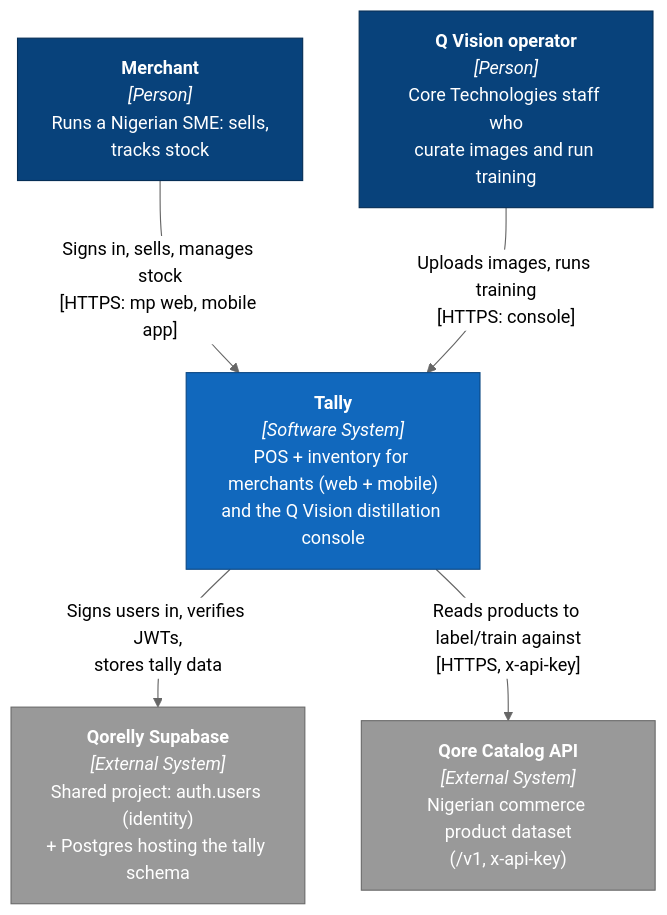
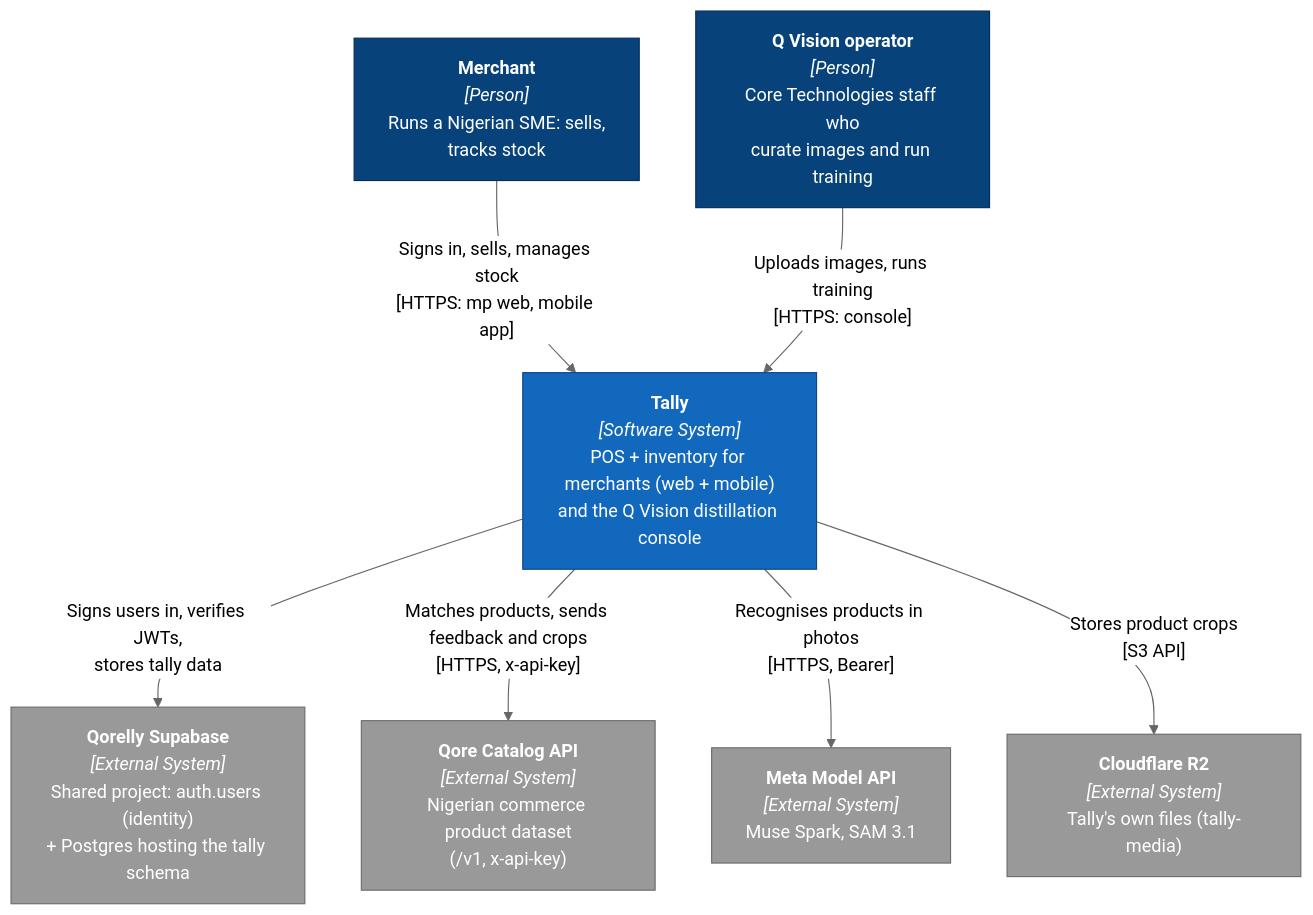
Before and after one commit to usecorehq/tally: the diagram in docs/diagrams/mermaid/c4-context.mmd, drawn with Mermaid. The commit also changed 24 other files, not shown here.

First line of the commit message:
feat(api): store shelf-scan crops in r2 and send them to qore catalog

```diff
--- a/docs/diagrams/mermaid/c4-context.mmd
+++ b/docs/diagrams/mermaid/c4-context.mmd
@@ -1,23 +1,27 @@
 %%{init: {"theme": "neutral"} }%%
 flowchart TB
     merchant["<b>Merchant</b><br/><i>[Person]</i><br/>Runs a Nigerian SME: sells,<br/>tracks stock"]
     operator["<b>Q Vision operator</b><br/><i>[Person]</i><br/>Core Technologies staff who<br/>curate images and run training"]
 
     tally["<b>Tally</b><br/><i>[Software System]</i><br/>POS + inventory for merchants (web + mobile)<br/>and the Q Vision distillation console"]
 
     qorellyAuth["<b>Qorelly Supabase</b><br/><i>[External System]</i><br/>Shared project: auth.users (identity)<br/>+ Postgres hosting the tally schema"]
     catalog["<b>Qore Catalog API</b><br/><i>[External System]</i><br/>Nigerian commerce product dataset<br/>(/v1, x-api-key)"]
+    meta["<b>Meta Model API</b><br/><i>[External System]</i><br/>Muse Spark, SAM 3.1"]
+    r2["<b>Cloudflare R2</b><br/><i>[External System]</i><br/>Tally's own files (tally-media)"]
 
     merchant -- "Signs in, sells, manages stock<br/>[HTTPS: mp web, mobile app]" --> tally
     operator -- "Uploads images, runs training<br/>[HTTPS: console]" --> tally
     tally -- "Signs users in, verifies JWTs,<br/>stores tally data" --> qorellyAuth
-    tally -- "Reads products to label/train against<br/>[HTTPS, x-api-key]" --> catalog
+    tally -- "Matches products, sends feedback and crops<br/>[HTTPS, x-api-key]" --> catalog
+    tally -- "Recognises products in photos<br/>[HTTPS, Bearer]" --> meta
+    tally -- "Stores product crops<br/>[S3 API]" --> r2
 
     classDef person fill:#08427b,stroke:#052e56,color:#fff
     classDef container fill:#1168bd,stroke:#0b4884,color:#fff
     classDef external fill:#999999,stroke:#6b6b6b,color:#fff
     classDef planned fill:#ffffff,stroke:#1168bd,color:#1168bd,stroke-dasharray: 5 3
     classDef boundary fill:#ffffff,stroke:#999999,color:#333,stroke-dasharray: 4 3
     class merchant,operator person
     class tally container
-    class qorellyAuth,catalog external
+    class qorellyAuth,catalog,meta,r2 external
```
